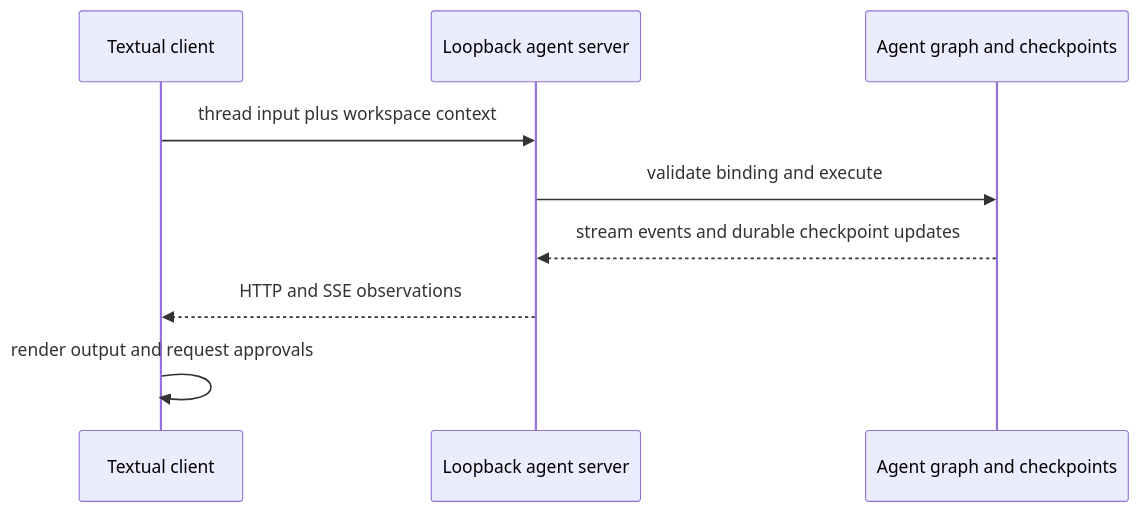
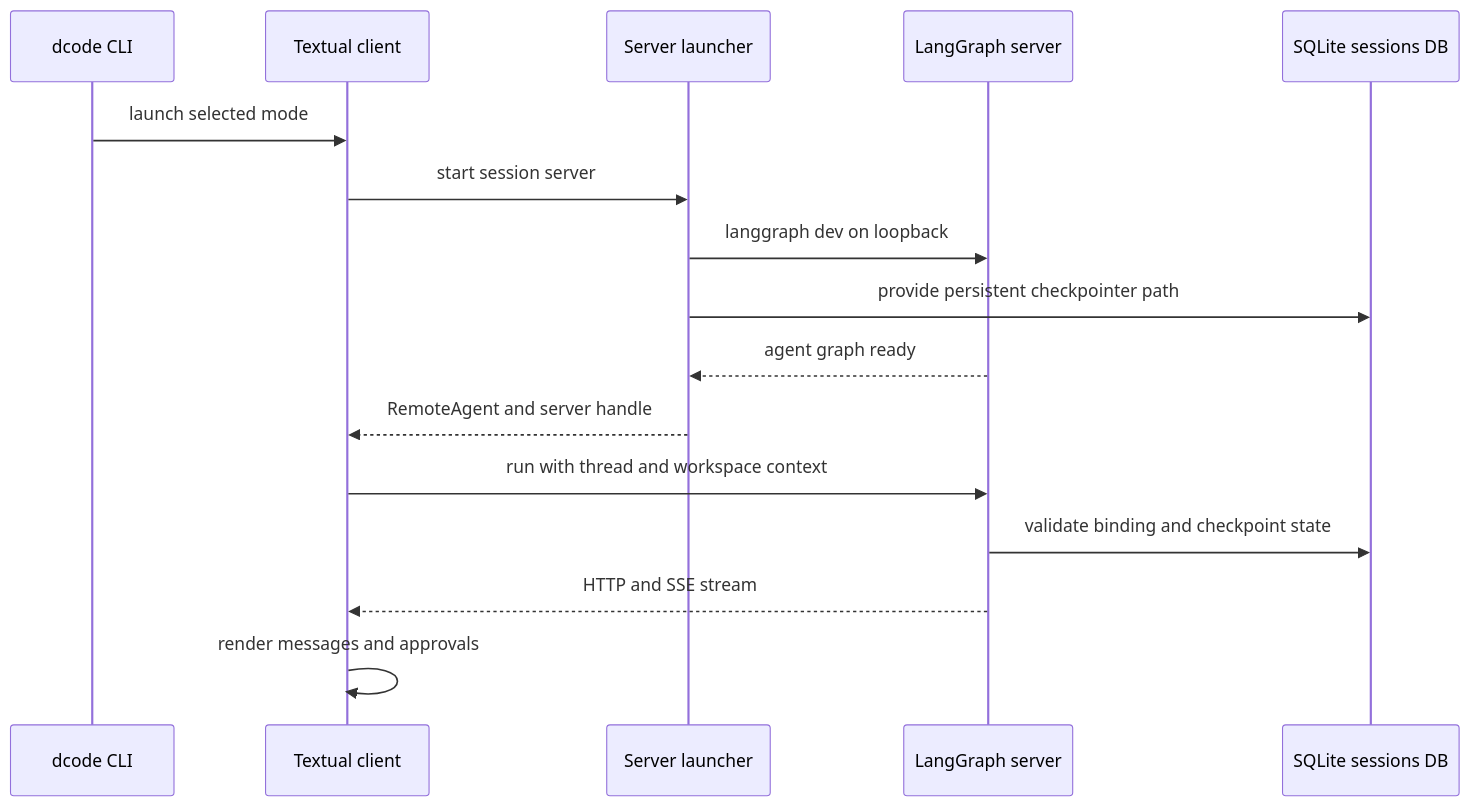
Before and after one commit to langchain-ai/deepagents: the diagram in openwiki/architecture/code-agent.md, drawn with Mermaid. The commit also changed other lines of this file and 67 other files, not shown here.

````diff
--- a/openwiki/architecture/code-agent.md
+++ b/openwiki/architecture/code-agent.md
@@ -59,11 +79,18 @@
 ```mermaid
 sequenceDiagram
-    participant Client as Textual client
-    participant Server as Loopback agent server
-    participant Graph as Agent graph and checkpoints
-    Client->>Server: thread input plus workspace context
-    Server->>Graph: validate binding and execute
-    Graph-->>Server: stream events and durable checkpoint updates
-    Server-->>Client: HTTP and SSE observations
-    Client->>Client: render output and request approvals
+    participant CLI as dcode CLI
+    participant UI as Textual client
+    participant Launcher as Server launcher
+    participant Server as LangGraph server
+    participant DB as SQLite sessions DB
+    CLI->>UI: launch selected mode
+    UI->>Launcher: start session server
+    Launcher->>Server: langgraph dev on loopback
+    Launcher->>DB: provide persistent checkpointer path
+    Server-->>Launcher: agent graph ready
+    Launcher-->>UI: RemoteAgent and server handle
+    UI->>Server: run with thread and workspace context
+    Server->>DB: validate binding and checkpoint state
+    Server-->>UI: HTTP and SSE stream
+    UI->>UI: render messages and approvals
 ```
````
